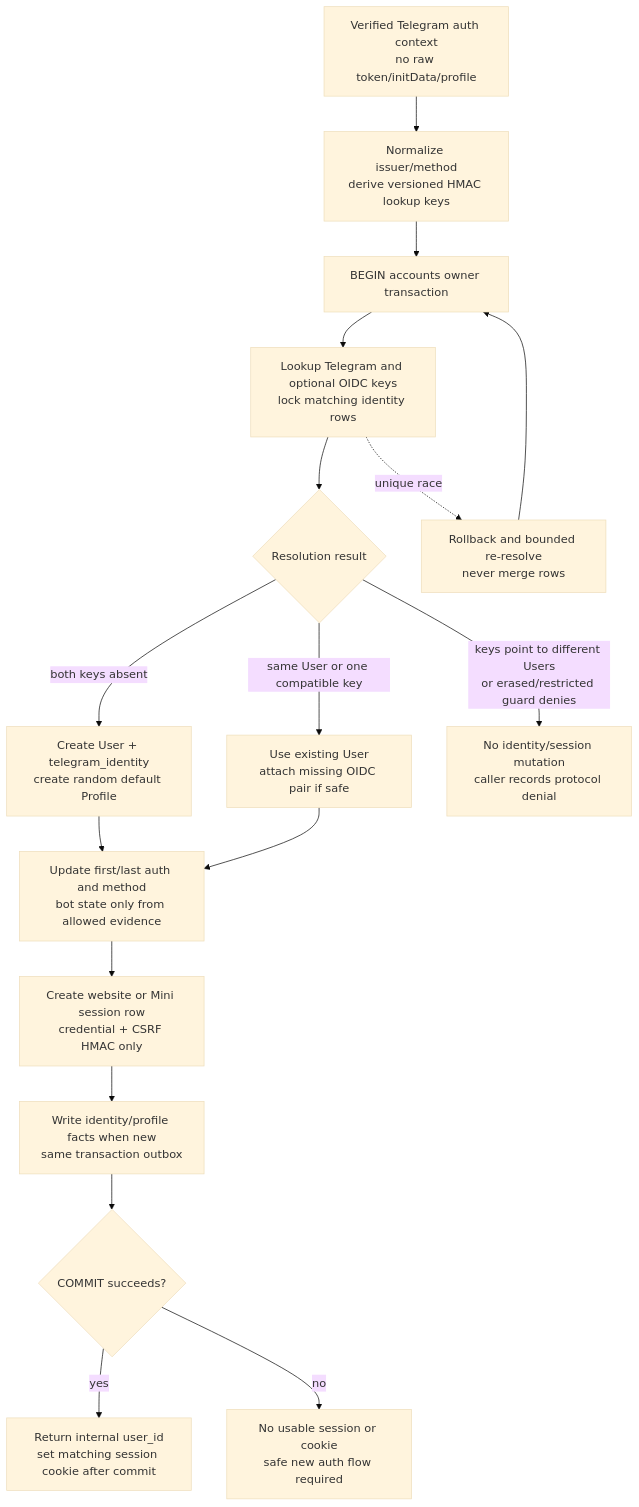
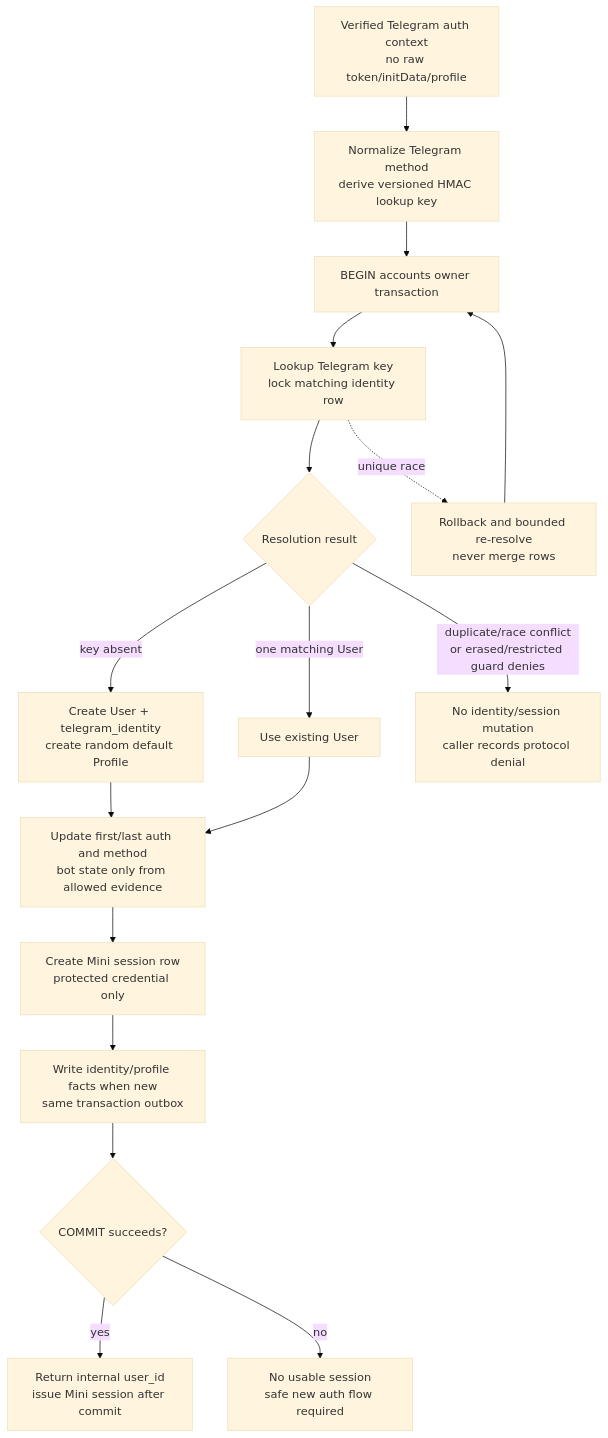
One commit to ittadoru/afisha-bot changed the diagram in docs/g4/diagrams/12-identity-resolution-transaction.mmd. Above: the diagram before and after it, drawn with Mermaid (base theme). The commit also changed 29 other files, not shown here.

```diff
--- a/docs/g4/diagrams/12-identity-resolution-transaction.mmd
+++ b/docs/g4/diagrams/12-identity-resolution-transaction.mmd
@@ -1,23 +1,23 @@
 flowchart TB
     verified["Verified Telegram auth context<br/>no raw token/initData/profile"]
-    lookup["Normalize issuer/method<br/>derive versioned HMAC lookup keys"]
+    lookup["Normalize Telegram method<br/>derive versioned HMAC lookup key"]
     begin["BEGIN accounts owner transaction"]
-    lock["Lookup Telegram and optional OIDC keys<br/>lock matching identity rows"]
+    lock["Lookup Telegram key<br/>lock matching identity row"]
     classify{"Resolution result"}
 
     verified --> lookup --> begin --> lock --> classify
 
-    classify -->|"both keys absent"| create["Create User + telegram_identity<br/>create random default Profile"]
-    classify -->|"same User or one compatible key"| attach["Use existing User<br/>attach missing OIDC pair if safe"]
-    classify -->|"keys point to different Users<br/>or erased/restricted guard denies"| conflict["No identity/session mutation<br/>caller records protocol denial"]
+    classify -->|"key absent"| create["Create User + telegram_identity<br/>create random default Profile"]
+    classify -->|"one matching User"| attach["Use existing User"]
+    classify -->|"duplicate/race conflict<br/>or erased/restricted guard denies"| conflict["No identity/session mutation<br/>caller records protocol denial"]
 
     create --> current["Update first/last auth and method<br/>bot state only from allowed evidence"]
     attach --> current
-    current --> session["Create website or Mini session row<br/>credential + CSRF HMAC only"]
+    current --> session["Create Mini session row<br/>protected credential only"]
     session --> facts["Write identity/profile facts when new<br/>same transaction outbox"]
     facts --> commit{"COMMIT succeeds?"}
-    commit -->|"yes"| cookie["Return internal user_id<br/>set matching session cookie after commit"]
-    commit -->|"no"| abort["No usable session or cookie<br/>safe new auth flow required"]
+    commit -->|"yes"| cookie["Return internal user_id<br/>issue Mini session after commit"]
+    commit -->|"no"| abort["No usable session<br/>safe new auth flow required"]
 
     lock -. "unique race" .-> retry["Rollback and bounded re-resolve<br/>never merge rows"]
     retry --> begin
```
